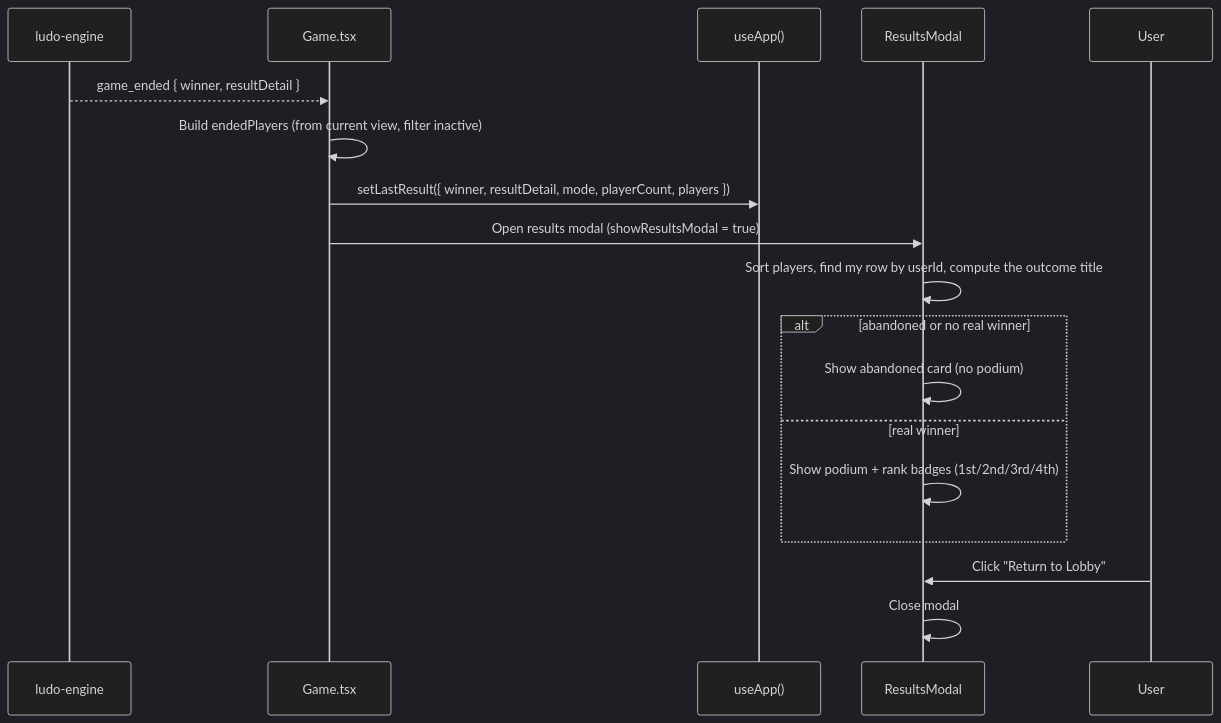
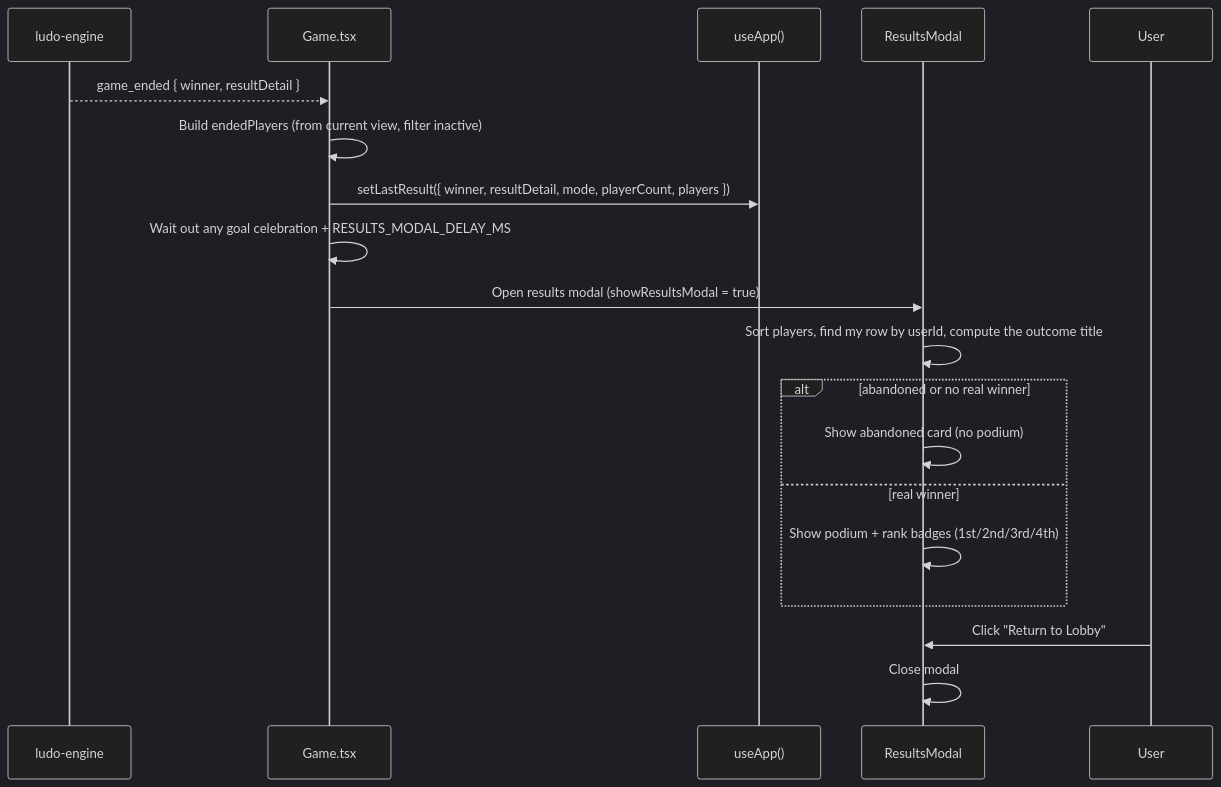
Before and after one commit to IrmaJoKerr/ft_transcendence-ludo: the diagram in docs/frontend/frontend-results-module.md, drawn with Mermaid (dark theme). The commit also changed other lines of this file and 12 other files, not shown here.

````diff
--- a/docs/frontend/frontend-results-module.md
+++ b/docs/frontend/frontend-results-module.md
@@ -89,20 +89,21 @@
 ```mermaid
 sequenceDiagram
     participant Engine as ludo-engine
     participant Game as Game.tsx
     participant Store as useApp()
     participant Modal as ResultsModal
 
     Engine-->>Game: game_ended { winner, resultDetail }
     Game->>Game: Build endedPlayers (from current view, filter inactive)
     Game->>Store: setLastResult({ winner, resultDetail, mode, playerCount, players })
+    Game->>Game: Wait out any goal celebration + RESULTS_MODAL_DELAY_MS
     Game->>Modal: Open results modal (showResultsModal = true)
     Modal->>Modal: Sort players, find my row by userId, compute the outcome title
     alt abandoned or no real winner
         Modal->>Modal: Show abandoned card (no podium)
     else real winner
         Modal->>Modal: Show podium + rank badges (1st/2nd/3rd/4th)
     end
     User->>Modal: Click "Return to Lobby"
     Modal->>Modal: Close modal
 ```
````
